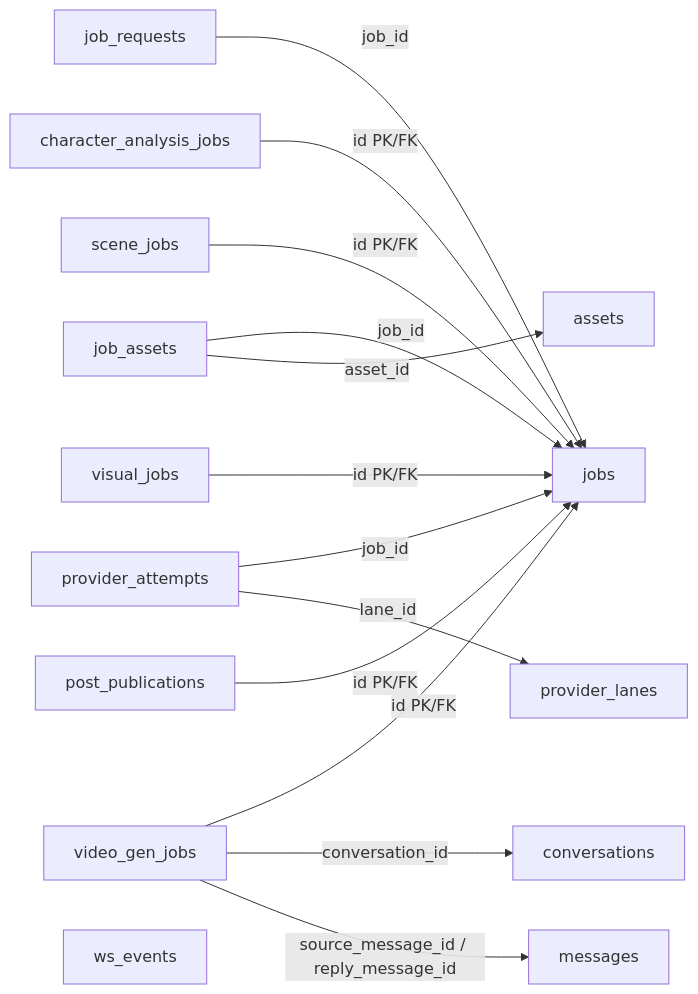
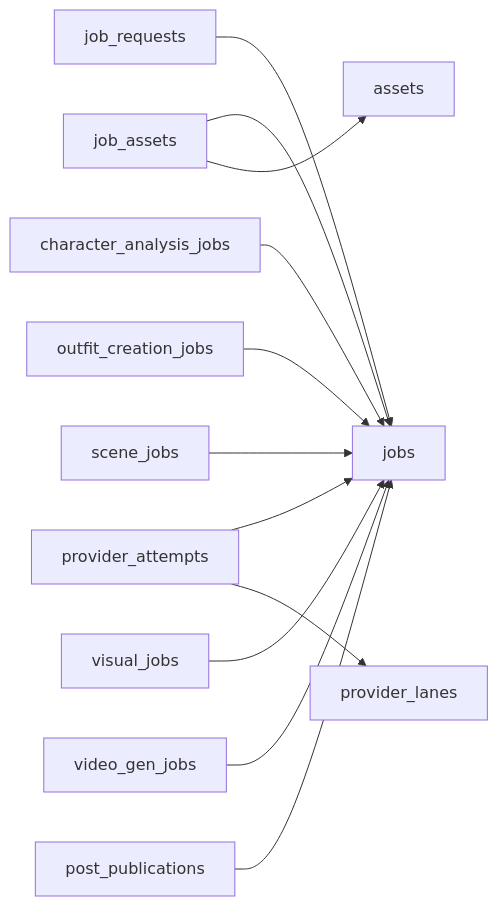
One commit to yangjinming1062/SpiritAgent changed the third of 8 diagrams in docs/DATABASE.md. Above: the diagram before and after it, drawn with Mermaid. The commit also changed other lines of this file and 36 other files, not shown here.

````diff
--- a/docs/DATABASE.md
+++ b/docs/DATABASE.md
@@ -64,16 +51,14 @@
 ```mermaid
 flowchart LR
-    job_requests -->|job_id| jobs
-    job_assets -->|job_id| jobs
-    job_assets -->|asset_id| assets
-    provider_attempts -->|job_id| jobs
-    provider_attempts -->|lane_id| provider_lanes
-    character_analysis_jobs -->|id PK/FK| jobs
-    scene_jobs -->|id PK/FK| jobs
-    visual_jobs -->|id PK/FK| jobs
-    video_gen_jobs -->|id PK/FK| jobs
-    post_publications -->|id PK/FK| jobs
-    video_gen_jobs -->|conversation_id| conversations
-    video_gen_jobs -->|source_message_id / reply_message_id| messages
-    ws_events
+    job_requests --> jobs
+    job_assets --> jobs
+    job_assets --> assets
+    provider_attempts --> jobs
+    provider_attempts --> provider_lanes
+    character_analysis_jobs --> jobs
+    outfit_creation_jobs --> jobs
+    scene_jobs --> jobs
+    visual_jobs --> jobs
+    video_gen_jobs --> jobs
+    post_publications --> jobs
 ```
````
